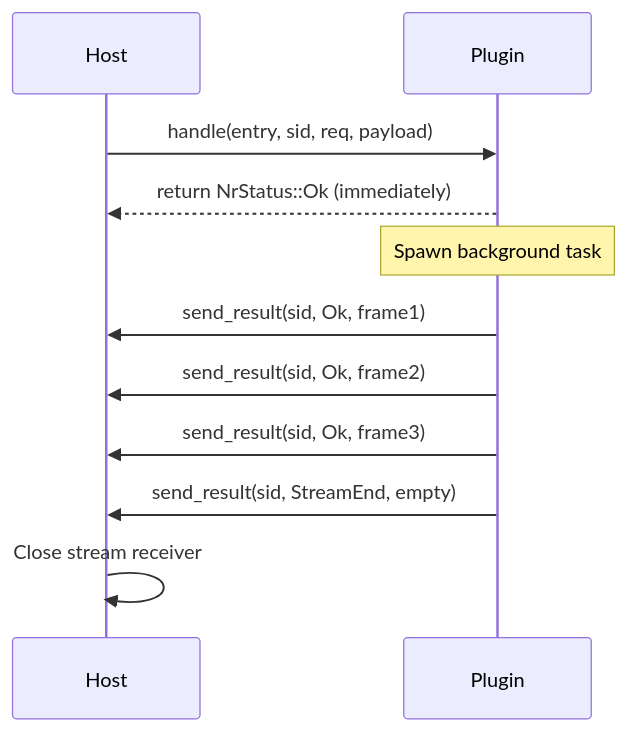
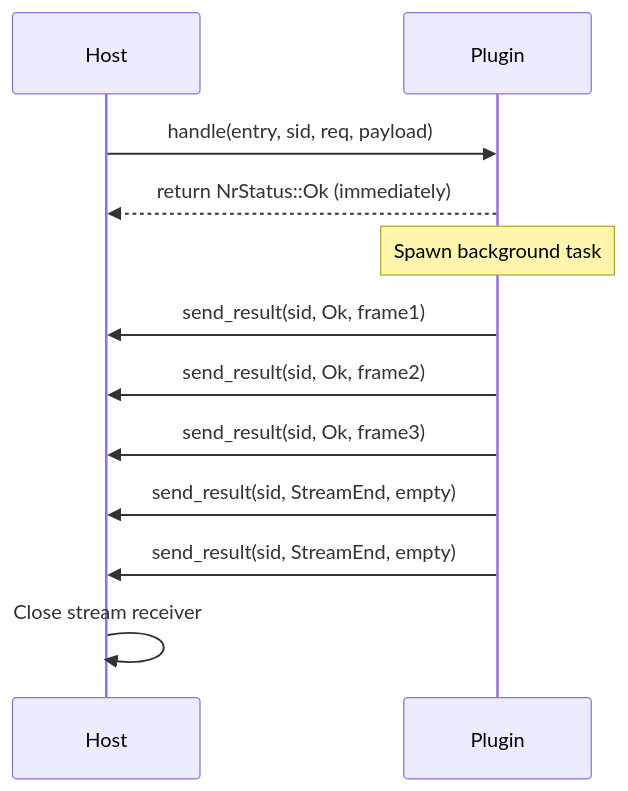
The second of 3 diagrams in AGENTS.md (AssetsArt/nylon-ring), drawn with Mermaid before and after one commit. The commit also changed other lines of this file and 1 other file, not shown here.

Commit message:
feat: Add bidirectional (full duplex) communication mode with new host APIs, plugin handlers, and documentation.

````diff
--- a/AGENTS.md
+++ b/AGENTS.md
@@ -100,14 +100,15 @@
 ```mermaid
 sequenceDiagram
     participant Host
     participant Plugin
     
     Host->>Plugin: handle(entry, sid, req, payload)
     Plugin-->>Host: return NrStatus::Ok (immediately)
     Note over Plugin: Spawn background task
     Plugin->>Host: send_result(sid, Ok, frame1)
     Plugin->>Host: send_result(sid, Ok, frame2)
     Plugin->>Host: send_result(sid, Ok, frame3)
     Plugin->>Host: send_result(sid, StreamEnd, empty)
+    Plugin->>Host: send_result(sid, StreamEnd, empty)
     Host->>Host: Close stream receiver
 ```
````
